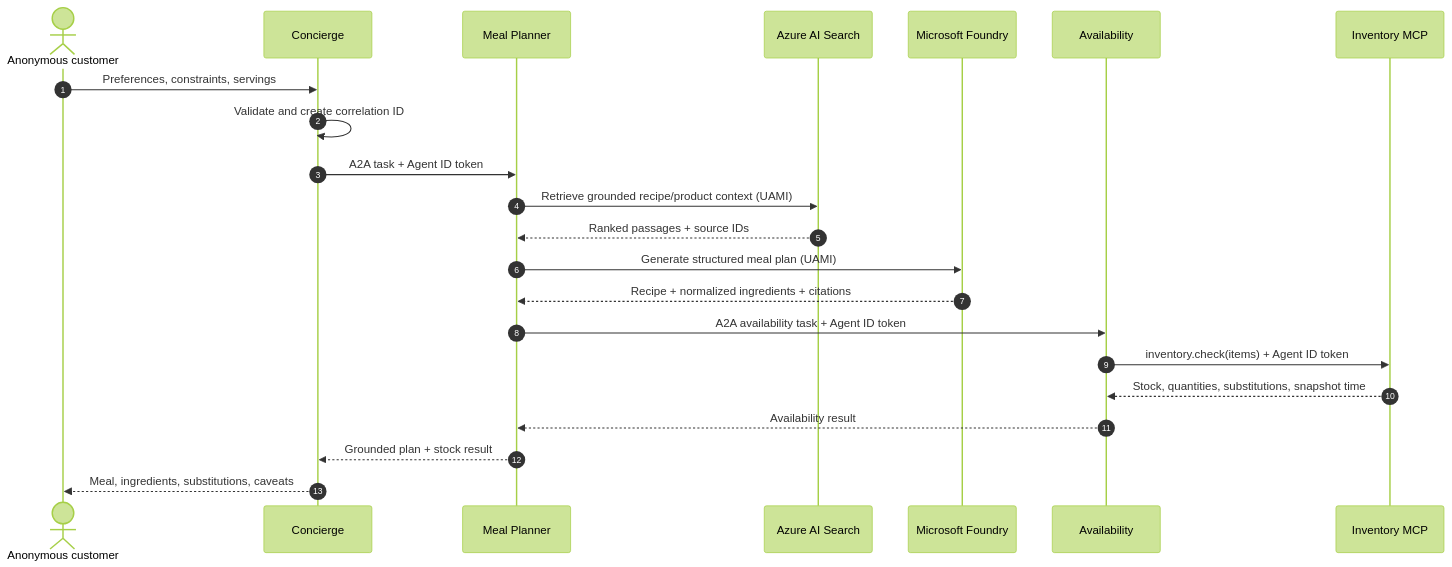
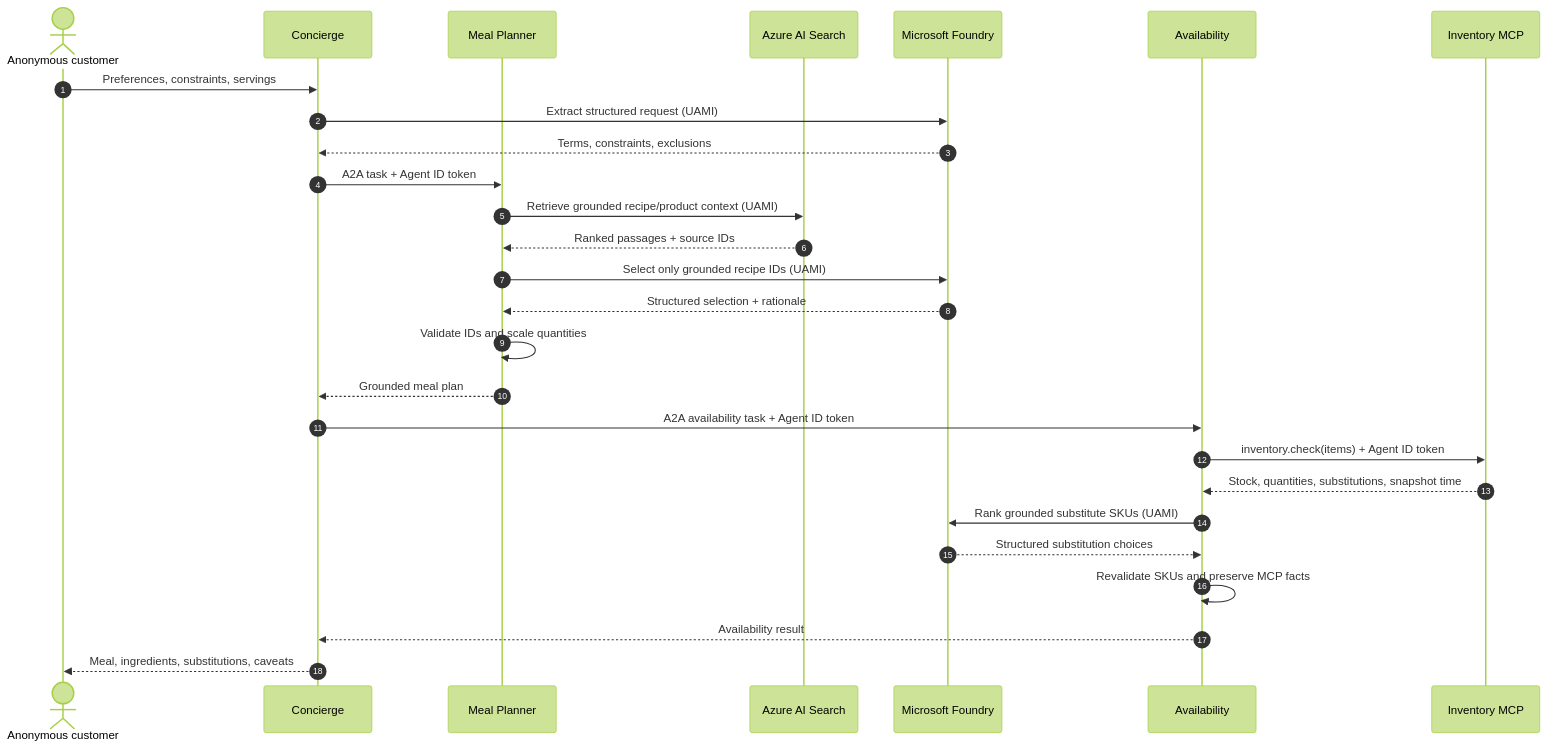
The diagram in docs/functional-flow.md (rmoreirao/SampleAKSEntraAngetID), drawn with Mermaid (forest theme) before and after one commit. The commit also changed other lines of this file and 20 other files, not shown here.

First line of the commit message:
Enhance meal planning and availability services with structured reasoning

````diff
--- a/docs/functional-flow.md
+++ b/docs/functional-flow.md
@@ -5,25 +5,30 @@
 ```mermaid
 sequenceDiagram
     autonumber
     actor Customer as Anonymous customer
     participant Concierge
     participant Meal as Meal Planner
     participant Search as Azure AI Search
     participant Foundry as Microsoft Foundry
     participant Availability
     participant MCP as Inventory MCP
 
     Customer->>Concierge: Preferences, constraints, servings
-    Concierge->>Concierge: Validate and create correlation ID
+    Concierge->>Foundry: Extract structured request (UAMI)
+    Foundry-->>Concierge: Terms, constraints, exclusions
     Concierge->>Meal: A2A task + Agent ID token
     Meal->>Search: Retrieve grounded recipe/product context (UAMI)
     Search-->>Meal: Ranked passages + source IDs
-    Meal->>Foundry: Generate structured meal plan (UAMI)
-    Foundry-->>Meal: Recipe + normalized ingredients + citations
-    Meal->>Availability: A2A availability task + Agent ID token
+    Meal->>Foundry: Select only grounded recipe IDs (UAMI)
+    Foundry-->>Meal: Structured selection + rationale
+    Meal->>Meal: Validate IDs and scale quantities
+    Meal-->>Concierge: Grounded meal plan
+    Concierge->>Availability: A2A availability task + Agent ID token
     Availability->>MCP: inventory.check(items) + Agent ID token
     MCP-->>Availability: Stock, quantities, substitutions, snapshot time
-    Availability-->>Meal: Availability result
-    Meal-->>Concierge: Grounded plan + stock result
+    Availability->>Foundry: Rank grounded substitute SKUs (UAMI)
+    Foundry-->>Availability: Structured substitution choices
+    Availability->>Availability: Revalidate SKUs and preserve MCP facts
+    Availability-->>Concierge: Availability result
     Concierge-->>Customer: Meal, ingredients, substitutions, caveats
 ```
````
